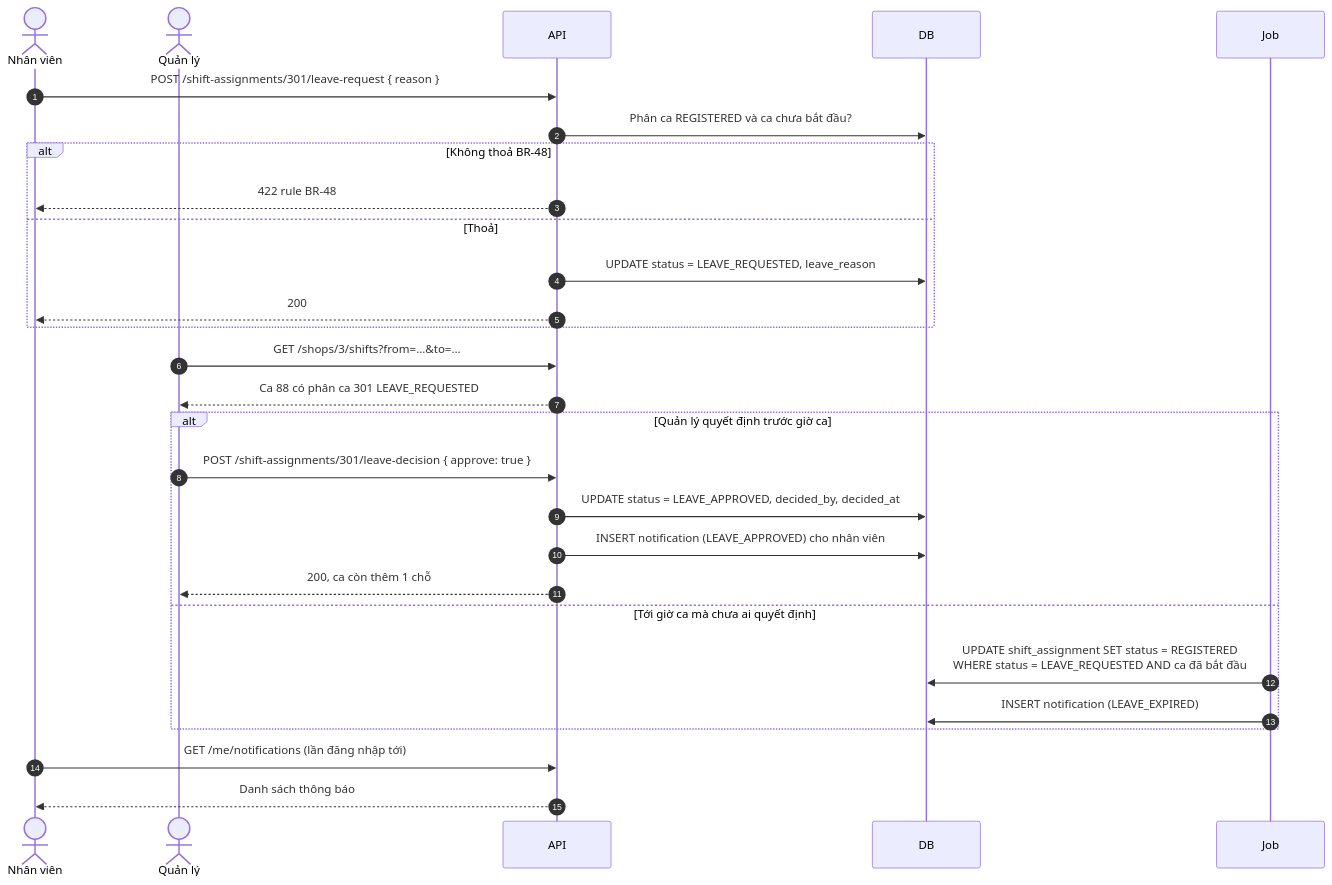
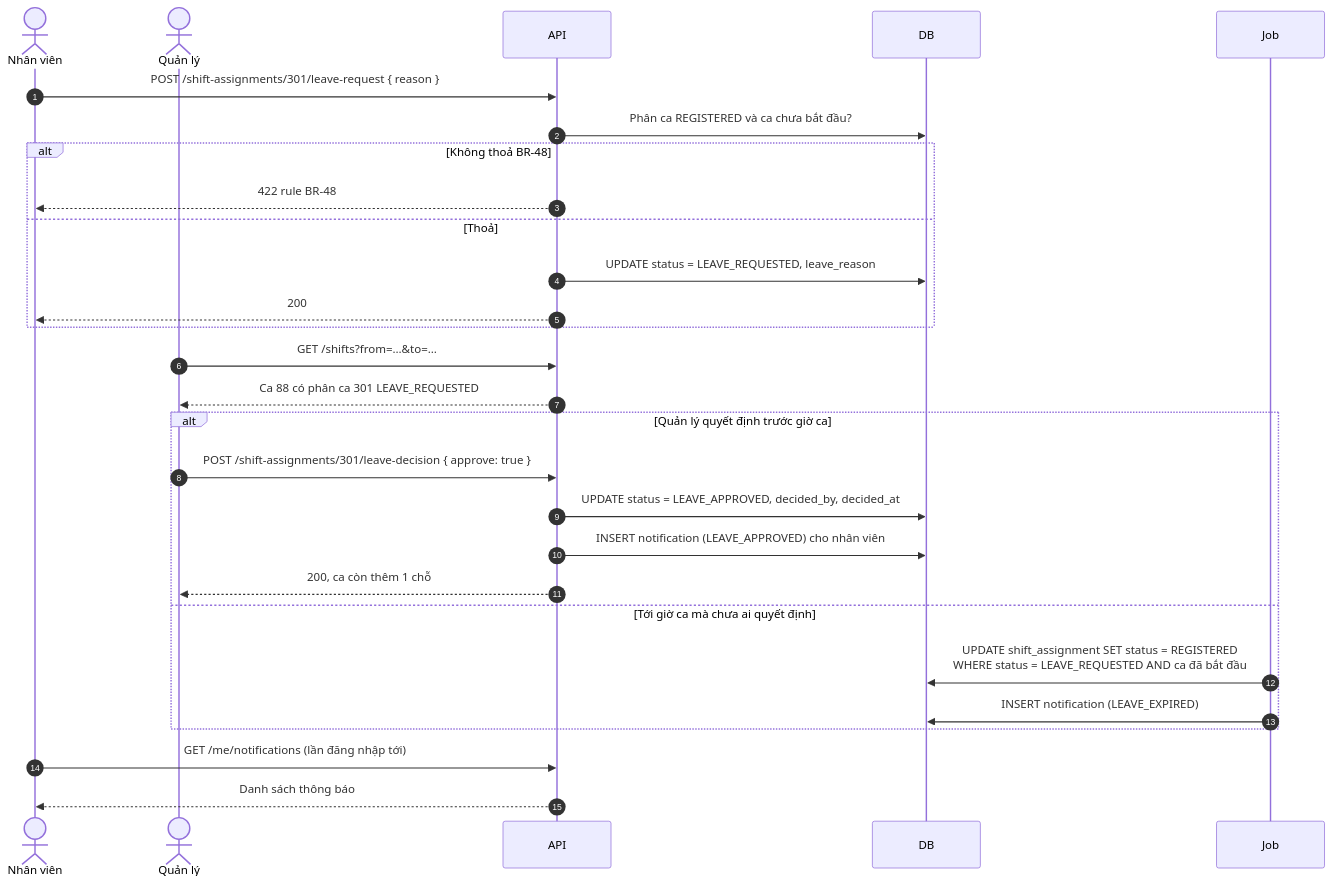
Before and after one commit to ThanhQuy-wolf/Coffee-Shop-Backup: the sixth of 7 diagrams in docs/07-sequence.md, drawn with Mermaid. The commit also changed other lines of this file and 65 other files, not shown here.

````diff
--- a/docs/07-sequence.md
+++ b/docs/07-sequence.md
@@ -208,34 +208,34 @@
 ```mermaid
 sequenceDiagram
     autonumber
     actor NV as Nhân viên
     actor QL as Quản lý
     participant API
     participant DB
     participant Job
 
     NV->>API: POST /shift-assignments/301/leave-request { reason }
     API->>DB: Phân ca REGISTERED và ca chưa bắt đầu?
     alt Không thoả BR-48
         API-->>NV: 422 rule BR-48
     else Thoả
         API->>DB: UPDATE status = LEAVE_REQUESTED, leave_reason
         API-->>NV: 200
     end
 
-    QL->>API: GET /shops/3/shifts?from=…&to=…
+    QL->>API: GET /shifts?from=…&to=…
     API-->>QL: Ca 88 có phân ca 301 LEAVE_REQUESTED
 
     alt Quản lý quyết định trước giờ ca
         QL->>API: POST /shift-assignments/301/leave-decision { approve: true }
         API->>DB: UPDATE status = LEAVE_APPROVED, decided_by, decided_at
         API->>DB: INSERT notification (LEAVE_APPROVED) cho nhân viên
         API-->>QL: 200, ca còn thêm 1 chỗ
     else Tới giờ ca mà chưa ai quyết định
         Job->>DB: UPDATE shift_assignment SET status = REGISTERED<br/>WHERE status = LEAVE_REQUESTED AND ca đã bắt đầu
         Job->>DB: INSERT notification (LEAVE_EXPIRED)
     end
 
     NV->>API: GET /me/notifications (lần đăng nhập tới)
     API-->>NV: Danh sách thông báo
 ```
````
